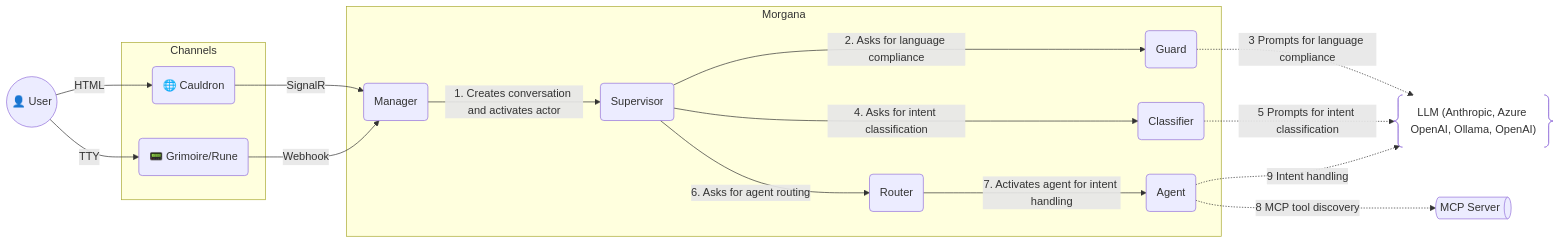
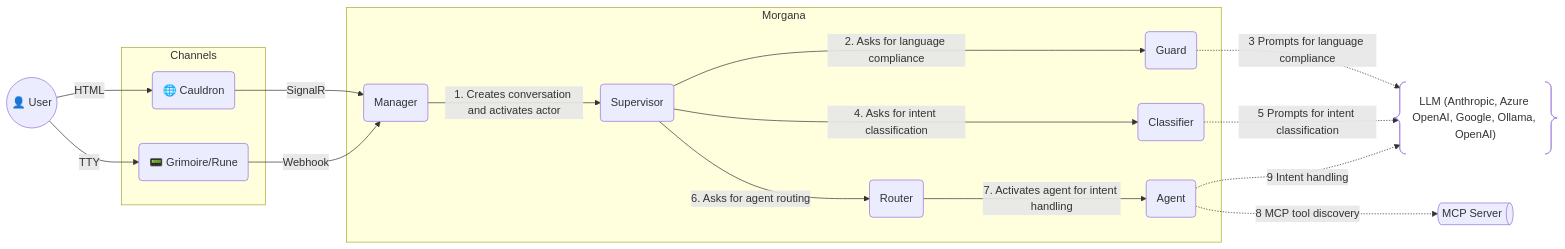
One commit to mdesalvo/Morgana changed the first of 2 diagrams in README.md. Above: the diagram before and after it, drawn with Mermaid. The commit also changed 17 other files, not shown here.

First line of the commit message:
Google joins the language models as a provider plugin on the Gemini API

````diff
--- a/README.md
+++ b/README.md
@@ -50,42 +50,42 @@
 ```mermaid
 graph LR
   U@{shape: circle, label: "👤 User"}
 
   %% Channels (reference clients, out-of-the-box)
   subgraph Channels["Channels"]
     CLD@{shape: rounded, label: "🌐 Cauldron"}
     RUN@{shape: rounded, label: "📟 Grimoire/Rune"}
   end
 
   %% Backend boundary
   subgraph Morgana["Morgana"]
     CM@{shape: rounded, label: "Manager"}
     SV@{shape: rounded, label: "Supervisor"}
 
     G@{shape: rounded, label: "Guard"}
     C@{shape: rounded, label: "Classifier"}
     R@{shape: rounded, label: "Router"}
     MA@{shape: rounded, label: "Agent"}
   end
 
   %% User → Channel
   U -- HTML --> CLD
   U -- TTY --> RUN
 
   %% Channel → BE
   CLD -- SignalR --> CM
   RUN -- Webhook --> CM
   CM -- 1. Creates conversation and activates actor --> SV
 
   %% Internal BE flow
   SV -- 2. Asks for language compliance --> G
   SV -- 4. Asks for intent classification --> C
   SV -- 6. Asks for agent routing --> R
   R -- 7. Activates agent for intent handling --> MA
 
   %% External systems
-  G -. 3 Prompts for language compliance .-> LLM@{shape: braces, label: "LLM (Anthropic, Azure OpenAI, Ollama, OpenAI)"}
+  G -. 3 Prompts for language compliance .-> LLM@{shape: braces, label: "LLM (Anthropic, Azure OpenAI, Google, Ollama, OpenAI)"}
   C -. 5 Prompts for intent classification .-> LLM
   MA -. 8 MCP tool discovery .-> MCP@{shape: das, label: "MCP Server"}
   MA -. 9 Intent handling .-> LLM
 ```
````
